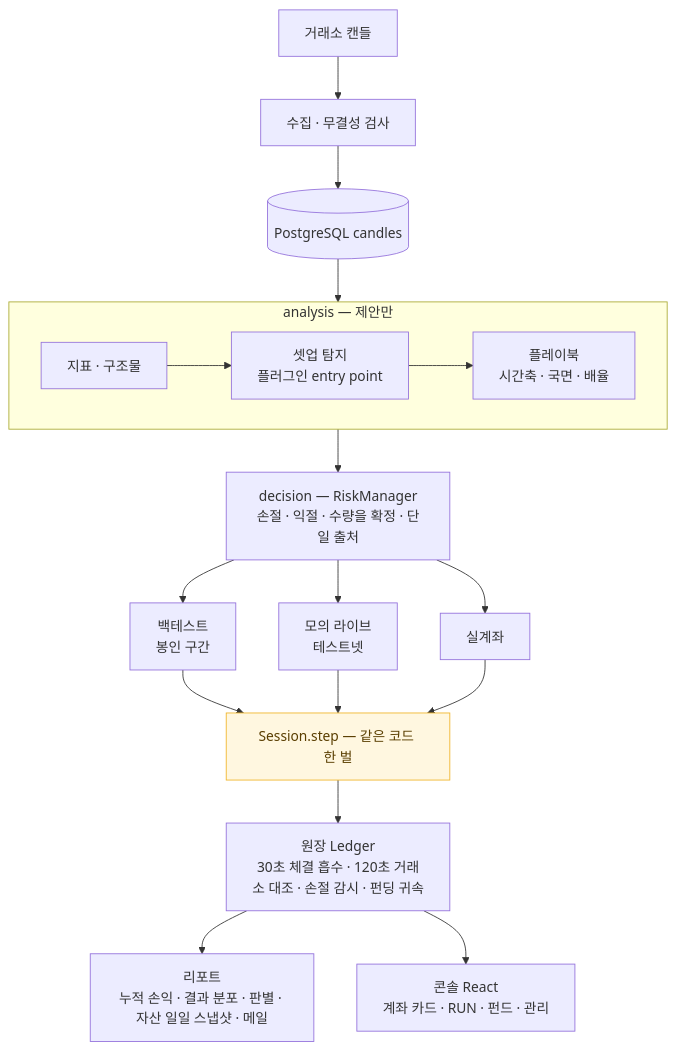
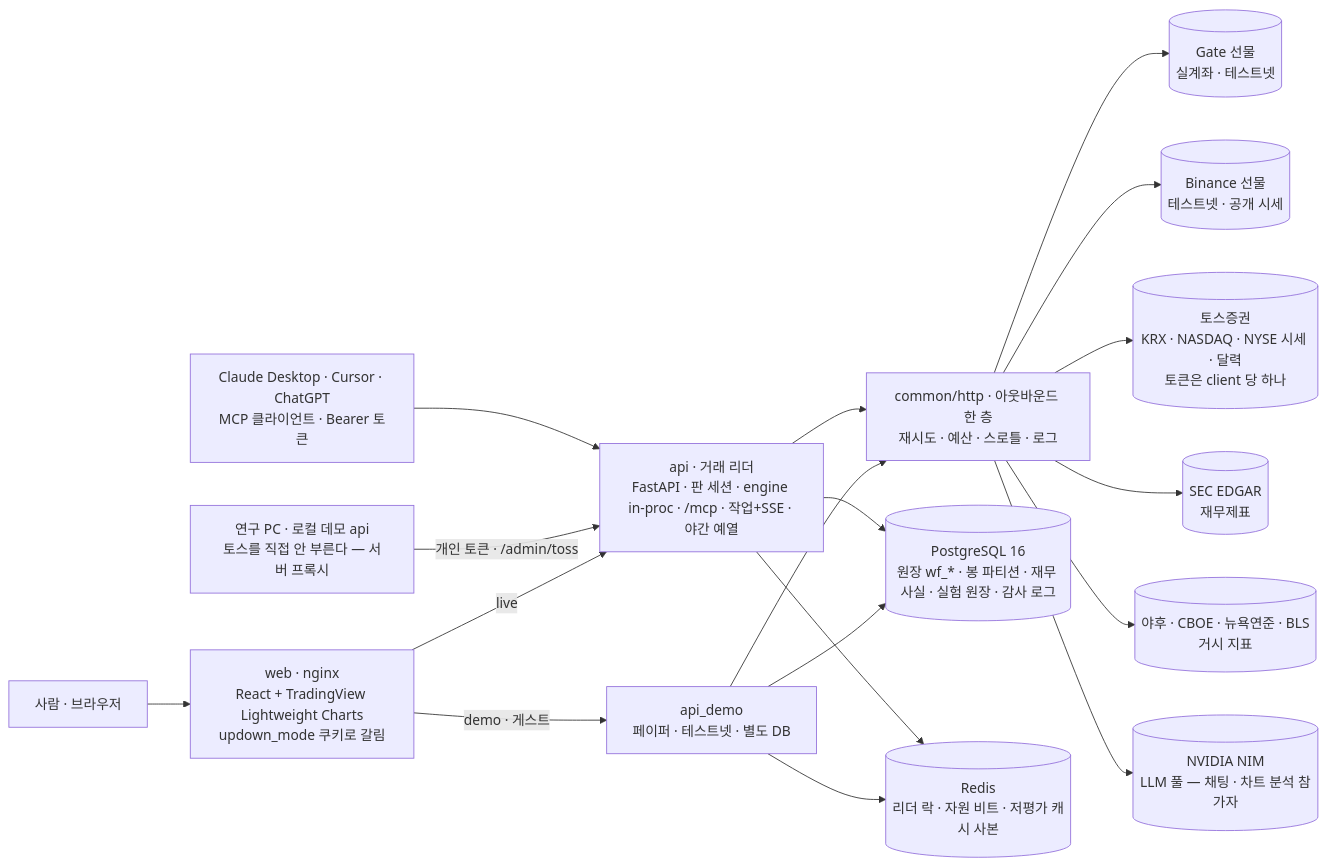
The first of 4 diagrams in README.md (ericsj1998/up_and_down_invest_public), drawn with Mermaid before and after one commit. The commit also changed other lines of this file, not shown here.

First line of the commit message:
공개본 README 갱신 — 캡처 7장 · 주식·재무·거시·AI 차트 분석 주문 · AI 어시스턴트·MCP · 다이어그램 · 설정 표 [skip ci]

````diff
--- a/README.md
+++ b/README.md
@@ -48,26 +64,20 @@
 ```mermaid
-flowchart TD
-    K[거래소 캔들] --> I[수집 · 무결성 검사] --> DB[(PostgreSQL candles)]
-    DB --> A
-
-    subgraph A[analysis — 제안만]
-        a1[지표 · 구조물] --> a2[셋업 탐지<br/>플러그인 entry point] --> a3[플레이북<br/>시간축 · 국면 · 배율]
-    end
-
-    A --> D[decision — RiskManager<br/>손절 · 익절 · 수량을 확정 · 단일 출처]
-
-    D --> B[백테스트<br/>봉인 구간]
-    D --> P[모의 라이브<br/>테스트넷]
-    D --> L[실계좌]
-
-    B --> S
-    P --> S
-    L --> S
-    S[Session.step — 같은 코드 한 벌]:::same
-
-    S --> G[원장 Ledger<br/>30초 체결 흡수 · 120초 거래소 대조 · 손절 감시 · 펀딩 귀속]
-    G --> R[리포트<br/>누적 손익 · 결과 분포 · 판별 · 자산 일일 스냅샷 · 메일]
-    G --> C[콘솔 React<br/>계좌 카드 · RUN · 펀드 · 관리]
-
-    classDef same fill:#fff7e0,stroke:#f0b429,color:#5a3e00;
+flowchart LR
+    U[사람 · 브라우저] --> WEB[web · nginx<br/>React + TradingView Lightweight Charts<br/>updown_mode 쿠키로 갈림]
+    MCPC[Claude Desktop · Cursor · ChatGPT<br/>MCP 클라이언트 · Bearer 토큰] --> API
+    LOCAL[연구 PC · 로컬 데모 api<br/>토스를 직접 안 부른다 — 서버 프록시] -->|개인 토큰 · /admin/toss| API
+    WEB -->|live| API[api · 거래 리더<br/>FastAPI · 판 세션 · engine in-proc · /mcp · 작업+SSE · 야간 예열]
+    WEB -->|demo · 게스트| DEMO[api_demo<br/>페이퍼 · 테스트넷 · 별도 DB]
+    API --> OUT[common/http · 아웃바운드 한 층<br/>재시도 · 예산 · 스로틀 · 로그]
+    DEMO --> OUT
+    OUT --> GATE[(Gate 선물<br/>실계좌 · 테스트넷)]
+    OUT --> BN[(Binance 선물<br/>테스트넷 · 공개 시세)]
+    OUT --> TOSS[(토스증권<br/>KRX · NASDAQ · NYSE 시세 · 달력<br/>토큰은 client 당 하나)]
+    OUT --> EDGAR[(SEC EDGAR<br/>재무제표)]
+    OUT --> MACRO[(야후 · CBOE · 뉴욕연준 · BLS<br/>거시 지표)]
+    OUT --> NIM[(NVIDIA NIM<br/>LLM 풀 — 채팅 · 차트 분석 참가자)]
+    API --> PG[(PostgreSQL 16<br/>원장 wf_* · 봉 파티션 · 재무 사실 · 실험 원장 · 감사 로그)]
+    API --> RD[(Redis<br/>리더 락 · 자원 비트 · 저평가 캐시 사본)]
+    DEMO --> PG
+    DEMO --> RD
 ```
````
